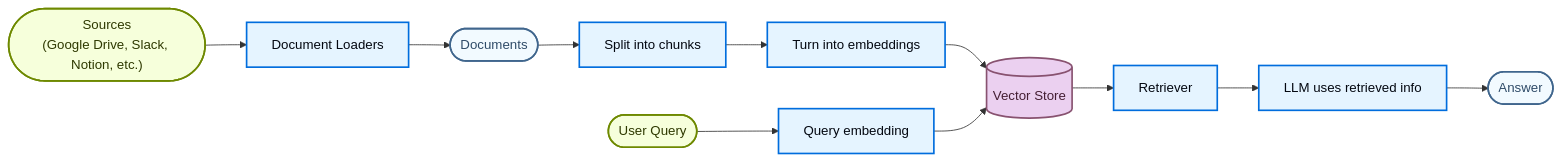
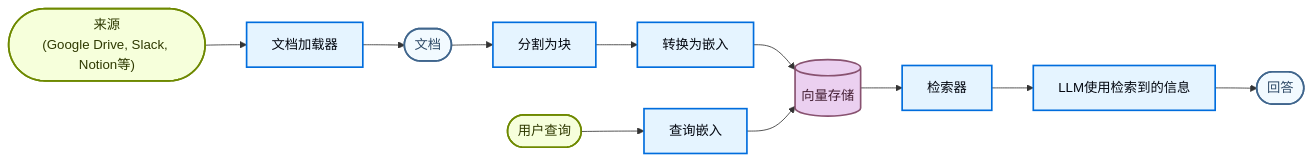
One commit to kunfan96/cndocs-langchain changed the first of 4 diagrams in oss/python/langchain/retrieval.mdx. Above: the diagram before and after it, drawn with Mermaid. The commit also changed other lines of this file and 2498 other files, not shown here.

````diff
--- a/oss/python/langchain/retrieval.mdx
+++ b/oss/python/langchain/retrieval.mdx
@@ -47,23 +47,23 @@
 ```mermaid
 flowchart LR
-  S(["Sources<br>(Google Drive, Slack, Notion, etc.)"]) --> L[Document Loaders]
-  L --> A([Documents])
-  A --> B[Split into chunks]
-  B --> C[Turn into embeddings]
-  C --> D[(Vector Store)]
-  Q([User Query]) --> E[Query embedding]
+  S(["来源<br>(Google Drive, Slack, Notion等)"]) --> L[文档加载器]
+  L --> A([文档])
+  A --> B[分割为块]
+  B --> C[转换为嵌入]
+  C --> D[(向量存储)]
+  Q([用户查询]) --> E[查询嵌入]
   E --> D
-  D --> F[Retriever]
-  F --> G[LLM uses retrieved info]
-  G --> H([Answer])
+  D --> F[检索器]
+  F --> G[LLM使用检索到的信息]
+  G --> H([回答])
 
   classDef trigger fill:#F6FFDB,stroke:#6E8900,stroke-width:2px,color:#2E3900
   classDef process fill:#E5F4FF,stroke:#006DDD,stroke-width:2px,color:#030710
   classDef output fill:#EBD0F0,stroke:#885270,stroke-width:2px,color:#441E33
   classDef neutral fill:#F2FAFF,stroke:#40668D,stroke-width:2px,color:#2F4B68
 
   class S,Q trigger
   class L,B,C,E,F,G process
   class D output
   class A,H neutral
 ```
````
